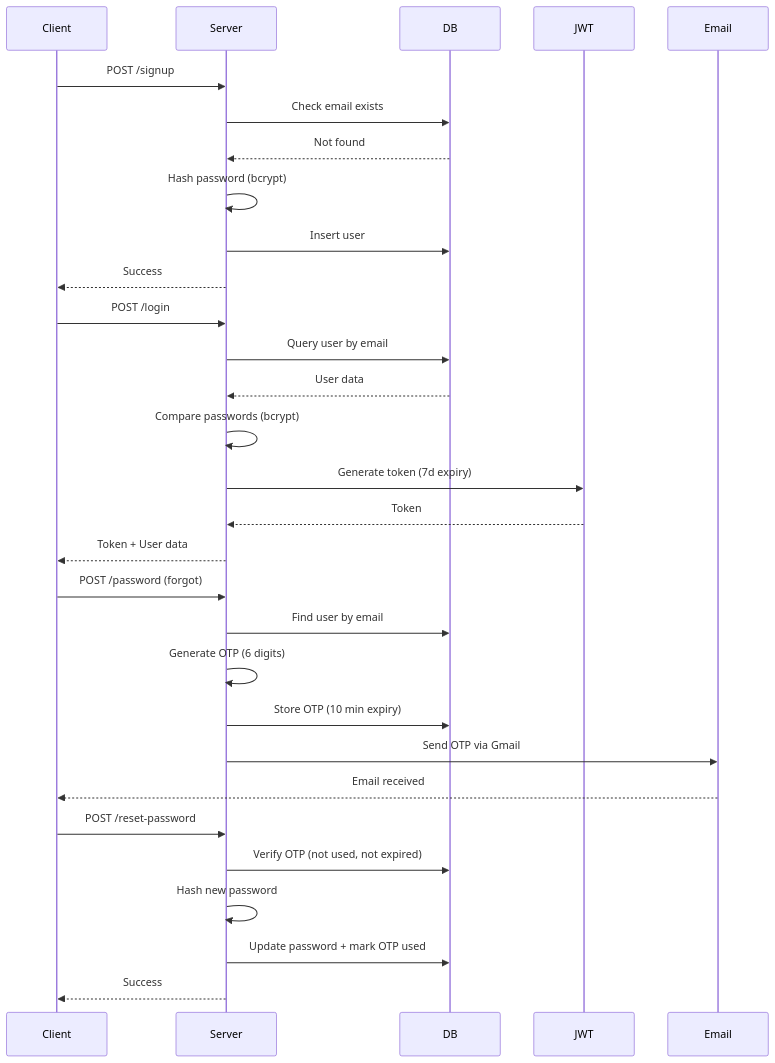
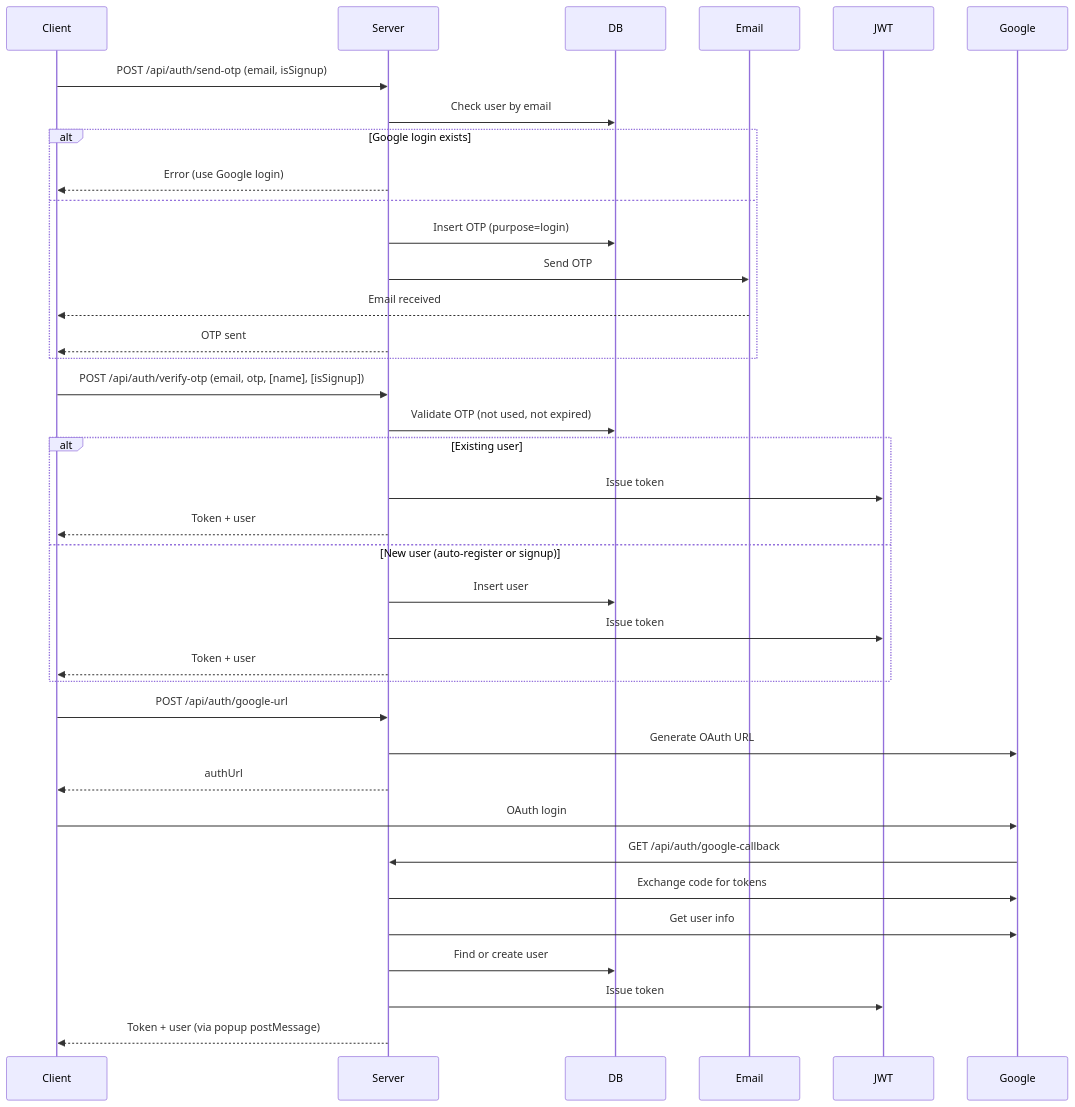
Before and after one commit to Circuit-Overtime/khoj.elixpo: the third of 5 diagrams in README.md, drawn with Mermaid. The commit also changed other lines of this file, not shown here.

````diff
--- a/README.md
+++ b/README.md
@@ -140,36 +200,43 @@
 ```mermaid
 sequenceDiagram
     participant Client
     participant Server
     participant DB
+    participant Email
     participant JWT
-    participant Email
+    participant Google
 
-    Client->>Server: POST /signup
-    Server->>DB: Check email exists
-    DB-->>Server: Not found
-    Server->>Server: Hash password (bcrypt)
-    Server->>DB: Insert user
-    Server-->>Client: Success
+    Client->>Server: POST /api/auth/send-otp (email, isSignup)
+    Server->>DB: Check user by email
+    alt Google login exists
+        Server-->>Client: Error (use Google login)
+    else
+        Server->>DB: Insert OTP (purpose=login)
+        Server->>Email: Send OTP
+        Email-->>Client: Email received
+        Server-->>Client: OTP sent
+    end
 
-    Client->>Server: POST /login
-    Server->>DB: Query user by email
-    DB-->>Server: User data
-    Server->>Server: Compare passwords (bcrypt)
-    Server->>JWT: Generate token (7d expiry)
-    JWT-->>Server: Token
-    Server-->>Client: Token + User data
+    Client->>Server: POST /api/auth/verify-otp (email, otp, [name], [isSignup])
+    Server->>DB: Validate OTP (not used, not expired)
+    alt Existing user
+        Server->>JWT: Issue token
+        Server-->>Client: Token + user
+    else New user (auto-register or signup)
+        Server->>DB: Insert user
+        Server->>JWT: Issue token
+        Server-->>Client: Token + user
+    end
 
-    Client->>Server: POST /password (forgot)
-    Server->>DB: Find user by email
-    Server->>Server: Generate OTP (6 digits)
-    Server->>DB: Store OTP (10 min expiry)
-    Server->>Email: Send OTP via Gmail
-    Email-->>Client: Email received
+    Client->>Server: POST /api/auth/google-url
+    Server->>Google: Generate OAuth URL
+    Server-->>Client: authUrl
 
-    Client->>Server: POST /reset-password
-    Server->>DB: Verify OTP (not used, not expired)
-    Server->>Server: Hash new password
-    Server->>DB: Update password + mark OTP used
-    Server-->>Client: Success
+    Client->>Google: OAuth login
+    Google->>Server: GET /api/auth/google-callback
+    Server->>Google: Exchange code for tokens
+    Server->>Google: Get user info
+    Server->>DB: Find or create user
+    Server->>JWT: Issue token
+    Server-->>Client: Token + user (via popup postMessage)
 ```
````
